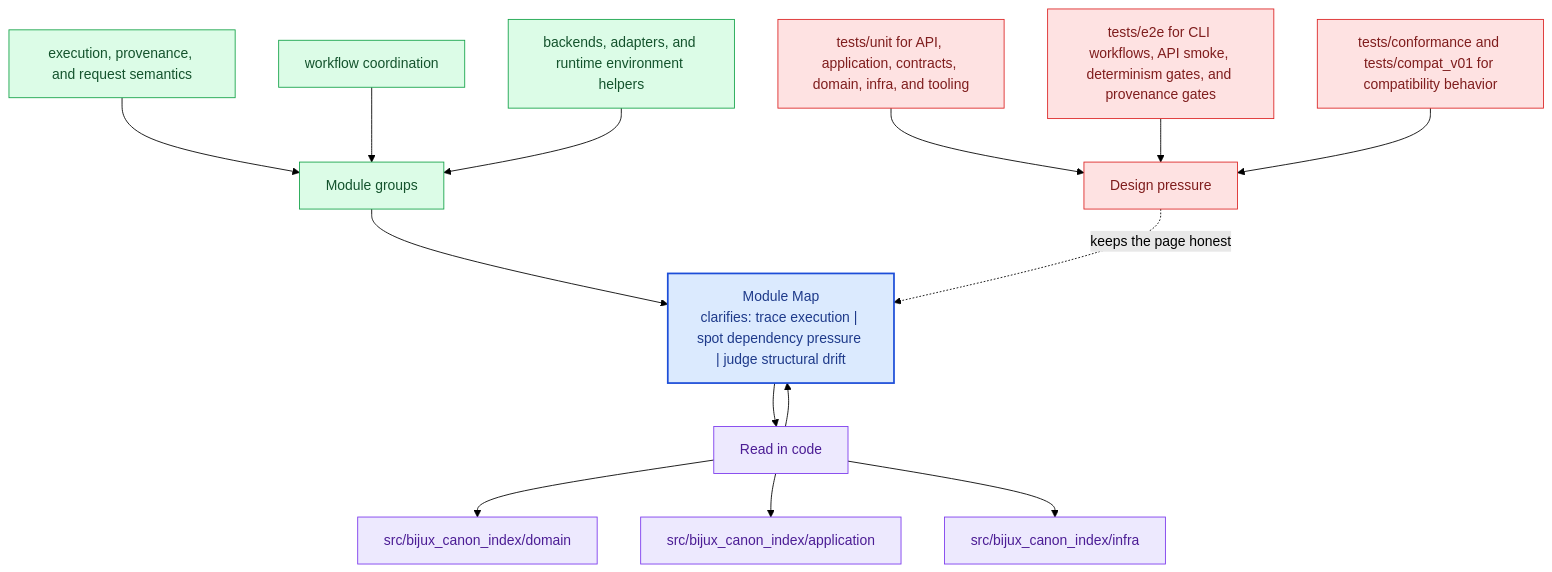
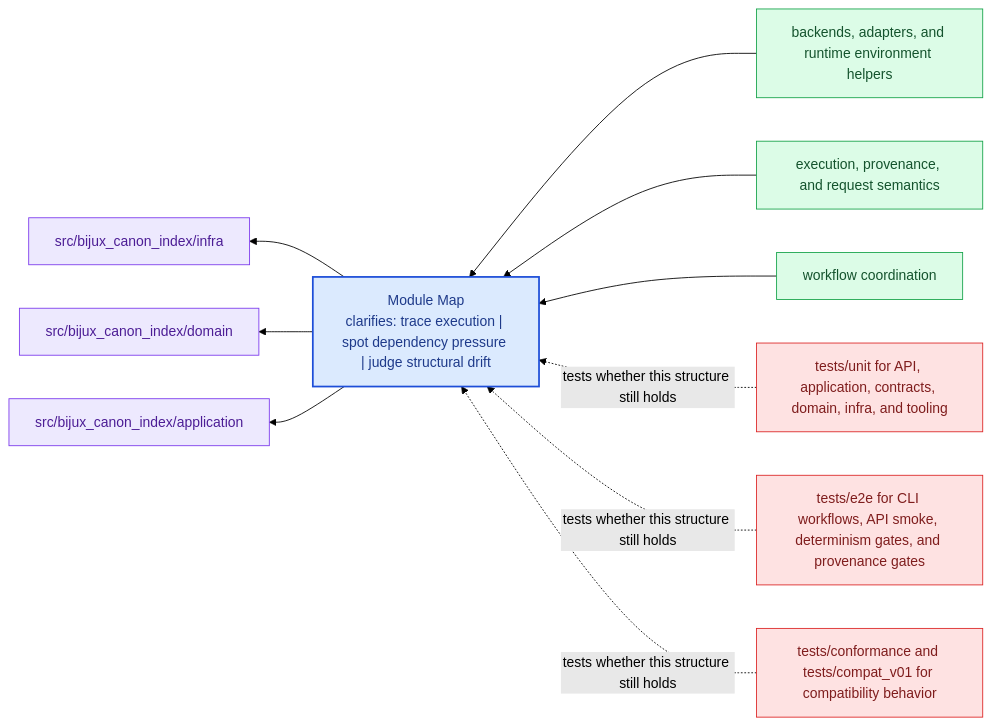
Before and after one commit to bijux/bijux-canon: the diagram in docs/bijux-canon-index/architecture/module-map.md, drawn with Mermaid (forest theme). The commit also changed other lines of this file and 281 other files, not shown here.

Commit message:
docs(diagrams): replace repeated mermaid scaffolds with page-specific summaries

````diff
--- a/docs/bijux-canon-index/architecture/module-map.md
+++ b/docs/bijux-canon-index/architecture/module-map.md
@@ -68,40 +23,31 @@
 ```mermaid
-flowchart TB
-    promise["Module Map<br/>clarifies: trace execution | spot dependency pressure | judge structural drift"]
-    classDef promise fill:#dbeafe,stroke:#1d4ed8,color:#1e3a8a,stroke-width:2px;
-    classDef driver fill:#dcfce7,stroke:#16a34a,color:#14532d;
-    classDef constraint fill:#fee2e2,stroke:#dc2626,color:#7f1d1d;
-    classDef ground fill:#ede9fe,stroke:#7c3aed,color:#4c1d95;
-    focus1["Module groups"]
-    focus1 --> promise
-    focus1_1["execution, provenance, and request semantics"]
-    focus1_1 --> focus1
-    focus1_2["workflow coordination"]
-    focus1_2 --> focus1
-    focus1_3["backends, adapters, and runtime environment helpers"]
-    focus1_3 --> focus1
-    class focus1 driver;
-    class focus1_1,focus1_2,focus1_3 driver;
-    focus2["Read in code"]
-    focus2 --> promise
-    promise --> focus2
-    focus2_1["src/bijux_canon_index/domain"]
-    focus2 --> focus2_1
-    focus2_2["src/bijux_canon_index/application"]
-    focus2 --> focus2_2
-    focus2_3["src/bijux_canon_index/infra"]
-    focus2 --> focus2_3
-    class focus2 ground;
-    class focus2_1,focus2_2,focus2_3 ground;
-    focus3["Design pressure"]
-    focus3 -.keeps the page honest.-> promise
-    focus3_1["tests/unit for API, application, contracts, domain, infra, and tooling"]
-    focus3_1 --> focus3
-    focus3_2["tests/e2e for CLI workflows, API smoke, determinism gates, and provenance gates"]
-    focus3_2 --> focus3
-    focus3_3["tests/conformance and tests/compat_v01 for compatibility behavior"]
-    focus3_3 --> focus3
-    class focus3 constraint;
-    class focus3_1,focus3_2,focus3_3 constraint;
-    class promise promise;
+flowchart RL
+    page["Module Map<br/>clarifies: trace execution | spot dependency pressure | judge structural drift"]
+    classDef page fill:#dbeafe,stroke:#1d4ed8,color:#1e3a8a,stroke-width:2px;
+    classDef positive fill:#dcfce7,stroke:#16a34a,color:#14532d;
+    classDef caution fill:#fee2e2,stroke:#dc2626,color:#7f1d1d;
+    classDef anchor fill:#ede9fe,stroke:#7c3aed,color:#4c1d95;
+    classDef action fill:#fef3c7,stroke:#d97706,color:#7c2d12;
+    module1["backends, adapters, and runtime environment helpers"]
+    module1 --> page
+    module2["execution, provenance, and request semantics"]
+    module2 --> page
+    module3["workflow coordination"]
+    module3 --> page
+    code1["src/bijux_canon_index/infra"]
+    page --> code1
+    code2["src/bijux_canon_index/domain"]
+    page --> code2
+    code3["src/bijux_canon_index/application"]
+    page --> code3
+    pressure1["tests/unit for API, application, contracts, domain, infra, and tooling"]
+    pressure1 -.tests whether this structure still holds.-> page
+    pressure2["tests/e2e for CLI workflows, API smoke, determinism gates, and provenance gates"]
+    pressure2 -.tests whether this structure still holds.-> page
+    pressure3["tests/conformance and tests/compat_v01 for compatibility behavior"]
+    pressure3 -.tests whether this structure still holds.-> page
+    class page page;
+    class module1,module2,module3 positive;
+    class code1,code2,code3 anchor;
+    class pressure1,pressure2,pressure3 caution;
 ```
````
